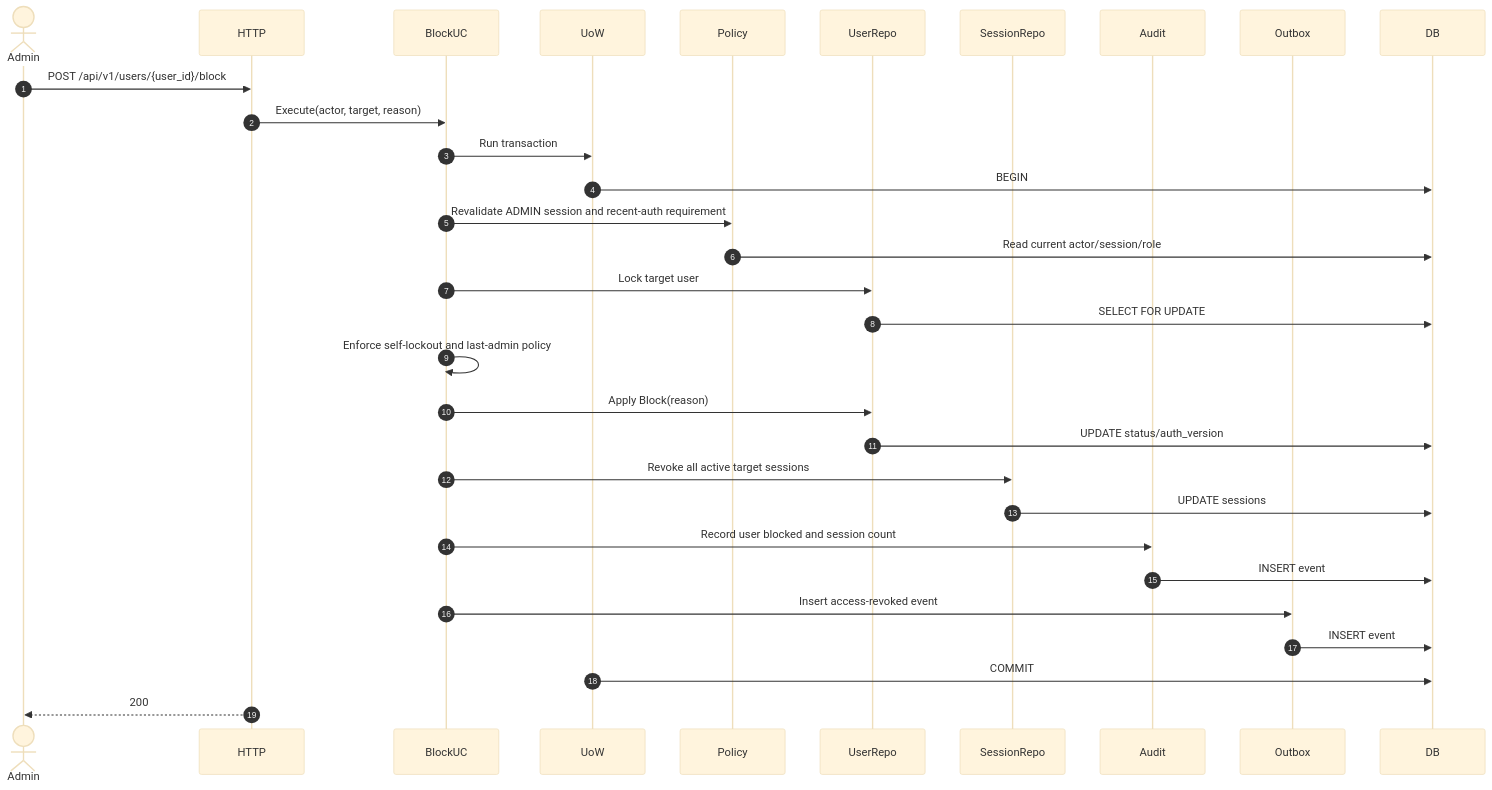
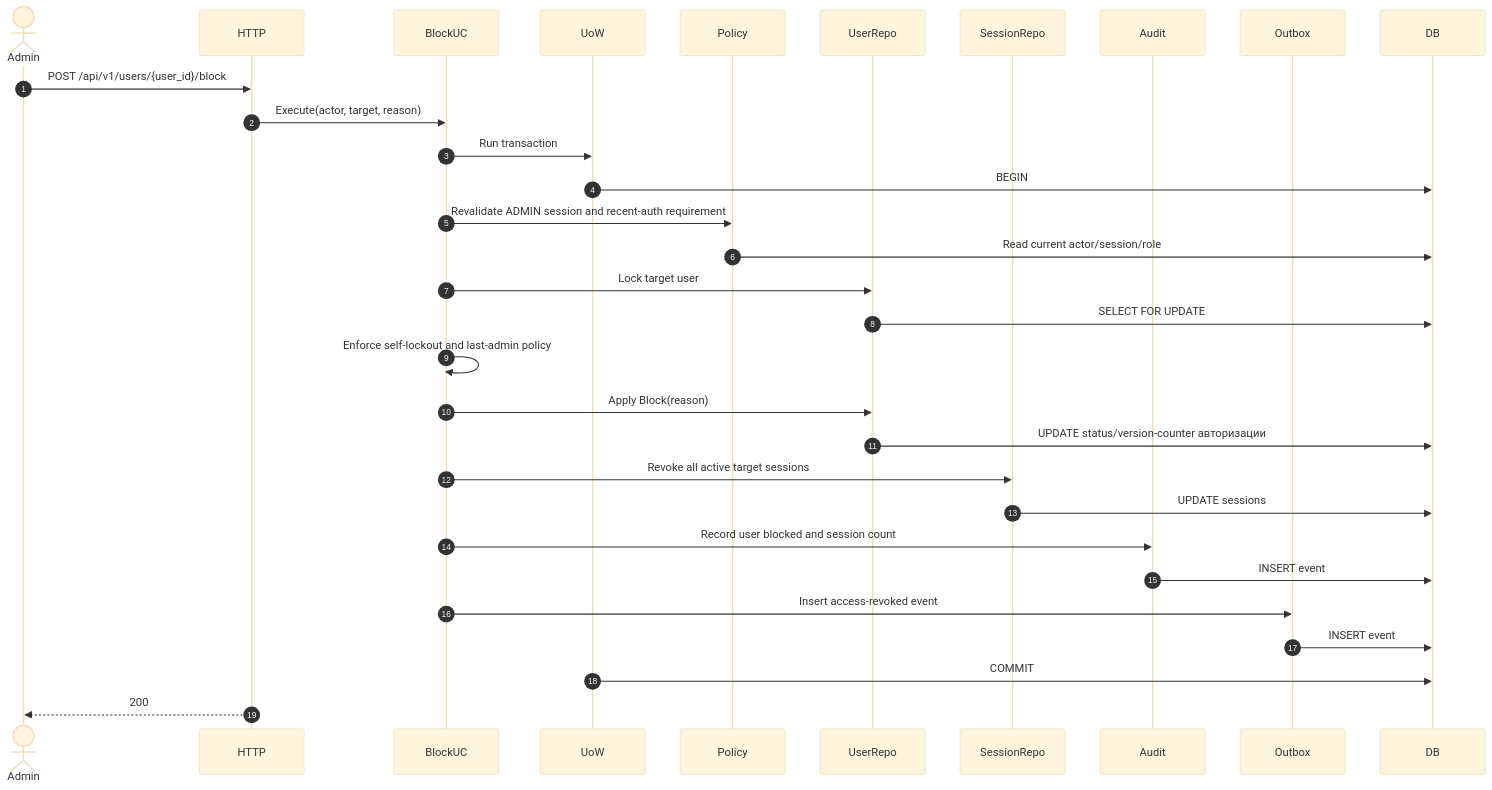
One commit to GulovM/PharmacyCRM changed the fifth of 19 diagrams in docs/10-sequence-diagrams.md. Above: the diagram before and after it, drawn with Mermaid (base theme). The commit also changed other lines of this file and 15 other files, not shown here.

````diff
--- a/docs/10-sequence-diagrams.md
+++ b/docs/10-sequence-diagrams.md
@@ -248,34 +248,34 @@
 ```mermaid
 sequenceDiagram
     autonumber
     actor Admin
     participant HTTP
     participant BlockUC
     participant UoW
     participant Policy
     participant UserRepo
     participant SessionRepo
     participant Audit
     participant Outbox
     participant DB
 
     Admin->>HTTP: POST /api/v1/users/{user_id}/block
     HTTP->>BlockUC: Execute(actor, target, reason)
     BlockUC->>UoW: Run transaction
     UoW->>DB: BEGIN
     BlockUC->>Policy: Revalidate ADMIN session and recent-auth requirement
     Policy->>DB: Read current actor/session/role
     BlockUC->>UserRepo: Lock target user
     UserRepo->>DB: SELECT FOR UPDATE
     BlockUC->>BlockUC: Enforce self-lockout and last-admin policy
     BlockUC->>UserRepo: Apply Block(reason)
-    UserRepo->>DB: UPDATE status/auth_version
+    UserRepo->>DB: UPDATE status/version-counter авторизации
     BlockUC->>SessionRepo: Revoke all active target sessions
     SessionRepo->>DB: UPDATE sessions
     BlockUC->>Audit: Record user blocked and session count
     Audit->>DB: INSERT event
     BlockUC->>Outbox: Insert access-revoked event
     Outbox->>DB: INSERT event
     UoW->>DB: COMMIT
     HTTP-->>Admin: 200
 ```
````
